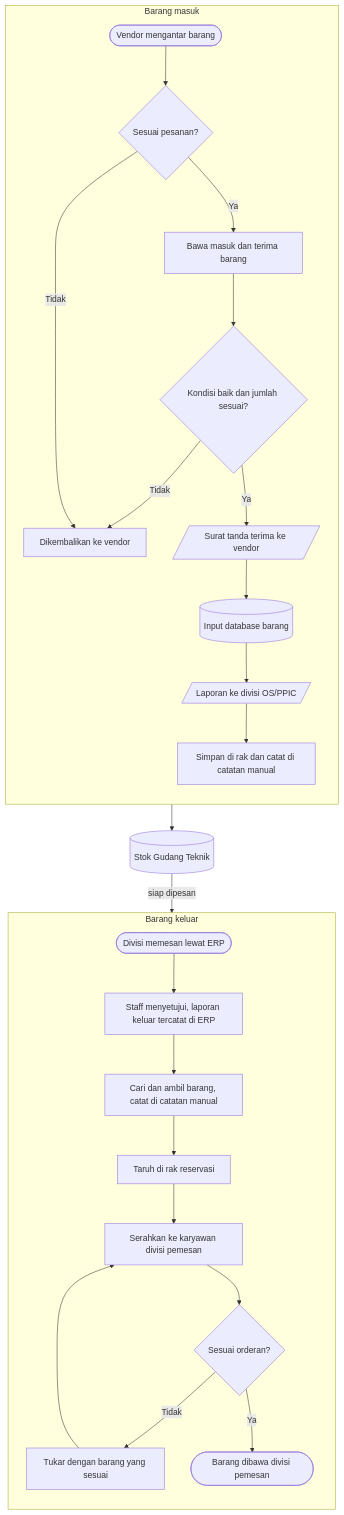
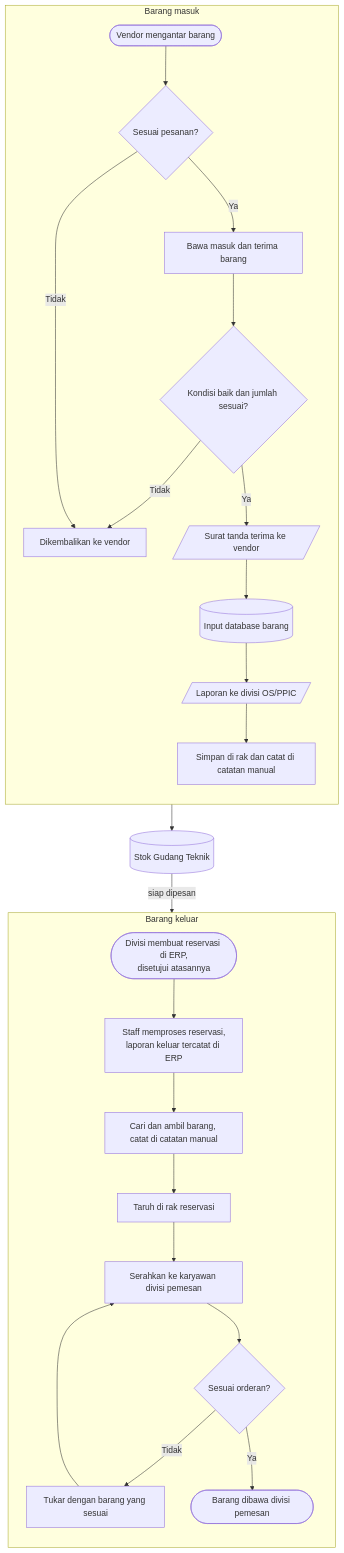
One commit to Hwarinn66/WareHouse changed the diagram in docs/alur-kerja/index.md. Above: the diagram before and after it, drawn with Mermaid. The commit also changed 23 other files, not shown here.

````diff
--- a/docs/alur-kerja/index.md
+++ b/docs/alur-kerja/index.md
@@ -18,30 +18,30 @@
 ```mermaid
 flowchart TD
   accTitle: Flowchart alur warehouse Gudang Teknik
-  accDescr: Barang masuk dari vendor dicek, diterima, dicatat di database, dilaporkan ke OS/PPIC, lalu disimpan di rak sebagai stok. Barang keluar dimulai dari permintaan divisi lewat ERP, disetujui staff, diambil dari stok, ditaruh di rak reservasi, lalu diserahkan dan dicek oleh karyawan divisi pemesan.
+  accDescr: Barang masuk dari vendor dicek, diterima, dicatat di database, dilaporkan ke OS/PPIC, lalu disimpan di rak sebagai stok. Barang keluar dimulai dari reservasi divisi di ERP yang disetujui Foreman atau Supervisor divisi itu, diproses staff, diambil dari stok, ditaruh di rak reservasi, lalu diserahkan dan dicek oleh karyawan divisi pemesan.
   subgraph MASUK["Barang masuk"]
     direction TB
     M1(["Vendor mengantar barang"]):::vendor --> M2{"Sesuai pesanan?"}:::cek
     M2 -- Tidak --> MR["Dikembalikan ke vendor"]:::tolak
     M2 -- Ya --> M3["Bawa masuk dan terima barang"]:::staff
     M3 --> M4{"Kondisi baik dan jumlah sesuai?"}:::cek
     M4 -- Tidak --> MR
     M4 -- Ya --> M5[/"Surat tanda terima ke vendor"/]:::dokumen
     M5 --> M6[("Input database barang")]:::sistem
     M6 --> M7[/"Laporan ke divisi OS/PPIC"/]:::dokumen
     M7 --> M8["Simpan di rak dan catat di catatan manual"]:::staff
   end
   M8 --> S[("Stok Gudang Teknik")]:::sistem
   subgraph KELUAR["Barang keluar"]
     direction TB
-    K1(["Divisi memesan lewat ERP"]):::divisi --> K2["Staff menyetujui, laporan keluar tercatat di ERP"]:::staff
+    K1(["Divisi membuat reservasi di ERP,<br/>disetujui atasannya"]):::divisi --> K2["Staff memproses reservasi,<br/>laporan keluar tercatat di ERP"]:::staff
     K2 --> K3["Cari dan ambil barang, catat di catatan manual"]:::staff
     K3 --> K4["Taruh di rak reservasi"]:::staff
     K4 --> K5["Serahkan ke karyawan divisi pemesan"]:::staff
     K5 --> K6{"Sesuai orderan?"}:::cek
     K6 -- Tidak --> K7["Tukar dengan barang yang sesuai"]:::tolak
     K7 --> K5
     K6 -- Ya --> K8(["Barang dibawa divisi pemesan"]):::selesai
   end
   S -- "siap dipesan" --> K1
 ```
````
